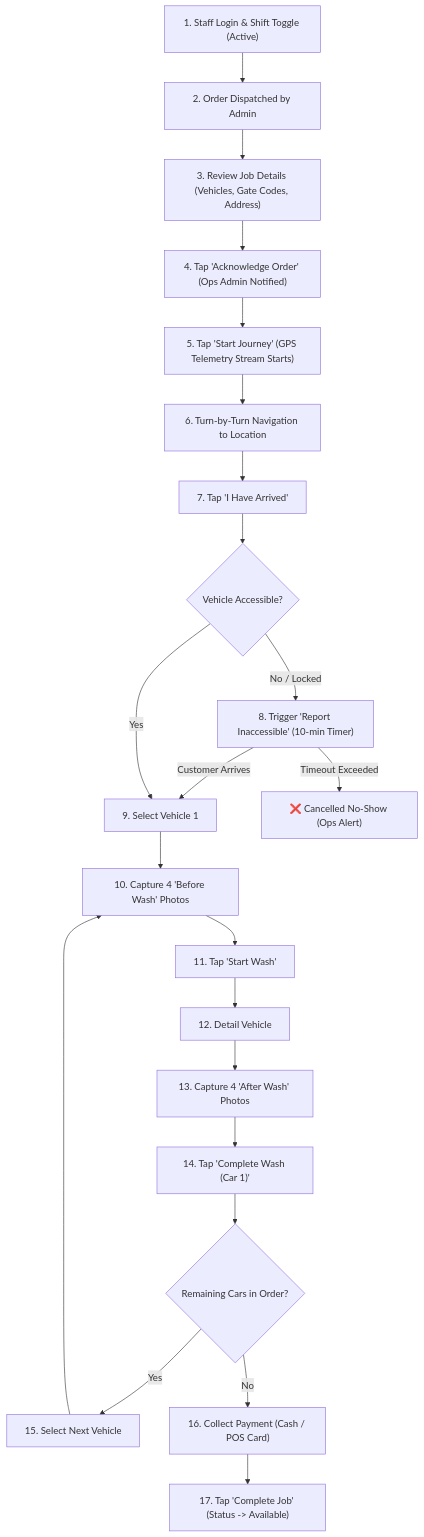
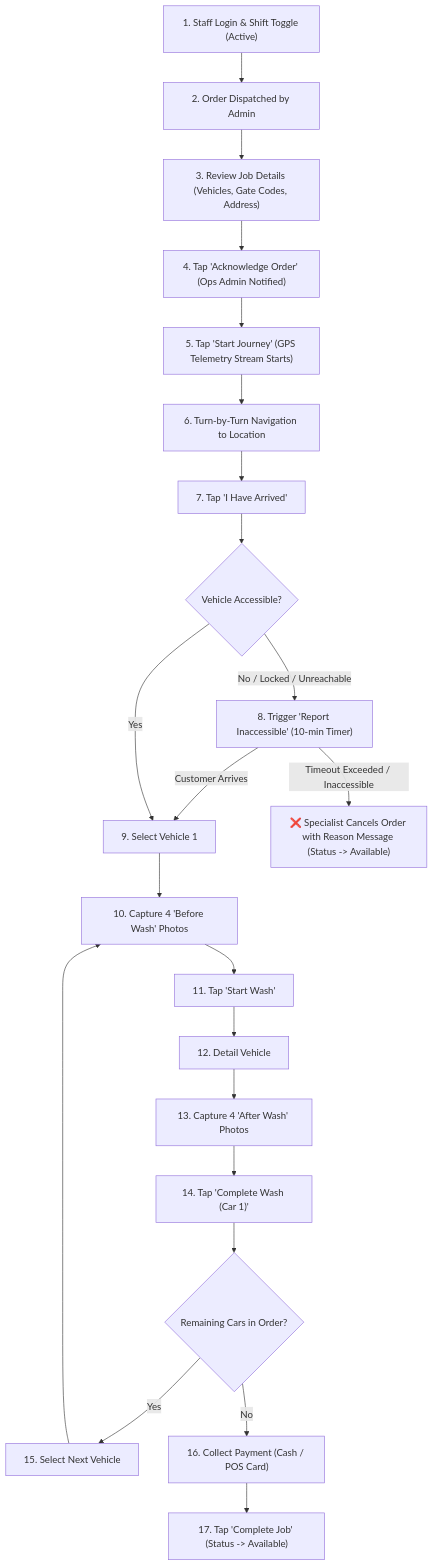
One commit to fsdevriver/800-doc changed the diagram in docs/flows/specialist-flow.md. Above: the diagram before and after it, drawn with Mermaid. The commit also changed 6 other files, not shown here.

Commit message:
feat: remove cancellation fees platform-wide and implement specialist cancellation with explanation message

````diff
--- a/docs/flows/specialist-flow.md
+++ b/docs/flows/specialist-flow.md
@@ -9,29 +9,29 @@
 ```mermaid
 graph TD
     A["1. Staff Login & Shift Toggle (Active)"] --> B["2. Order Dispatched by Admin"]
     B --> C["3. Review Job Details (Vehicles, Gate Codes, Address)"]
     C --> D["4. Tap 'Acknowledge Order' (Ops Admin Notified)"]
     D --> E["5. Tap 'Start Journey' (GPS Telemetry Stream Starts)"]
     
     E --> F["6. Turn-by-Turn Navigation to Location"]
     F --> G["7. Tap 'I Have Arrived'"]
     
     G --> H{"Vehicle Accessible?"}
-    H -->|No / Locked| I["8. Trigger 'Report Inaccessible' (10-min Timer)"]
+    H -->|No / Locked / Unreachable| I["8. Trigger 'Report Inaccessible' (10-min Timer)"]
     I -->|Customer Arrives| J["9. Select Vehicle 1"]
-    I -->|Timeout Exceeded| K["❌ Cancelled No-Show (Ops Alert)"]
+    I -->|Timeout Exceeded / Inaccessible| K["❌ Specialist Cancels Order with Reason Message (Status -> Available)"]
     
     H -->|Yes| J
     J --> L["10. Capture 4 'Before Wash' Photos"]
     L --> M["11. Tap 'Start Wash'"]
     M --> N["12. Detail Vehicle"]
     N --> O["13. Capture 4 'After Wash' Photos"]
     O --> P["14. Tap 'Complete Wash (Car 1)'"]
     
     P --> Q{"Remaining Cars in Order?"}
     Q -->|Yes| R["15. Select Next Vehicle"]
     R --> L
     
     Q -->|No| S["16. Collect Payment (Cash / POS Card)"]
     S --> T["17. Tap 'Complete Job' (Status -> Available)"]
 ```
````
